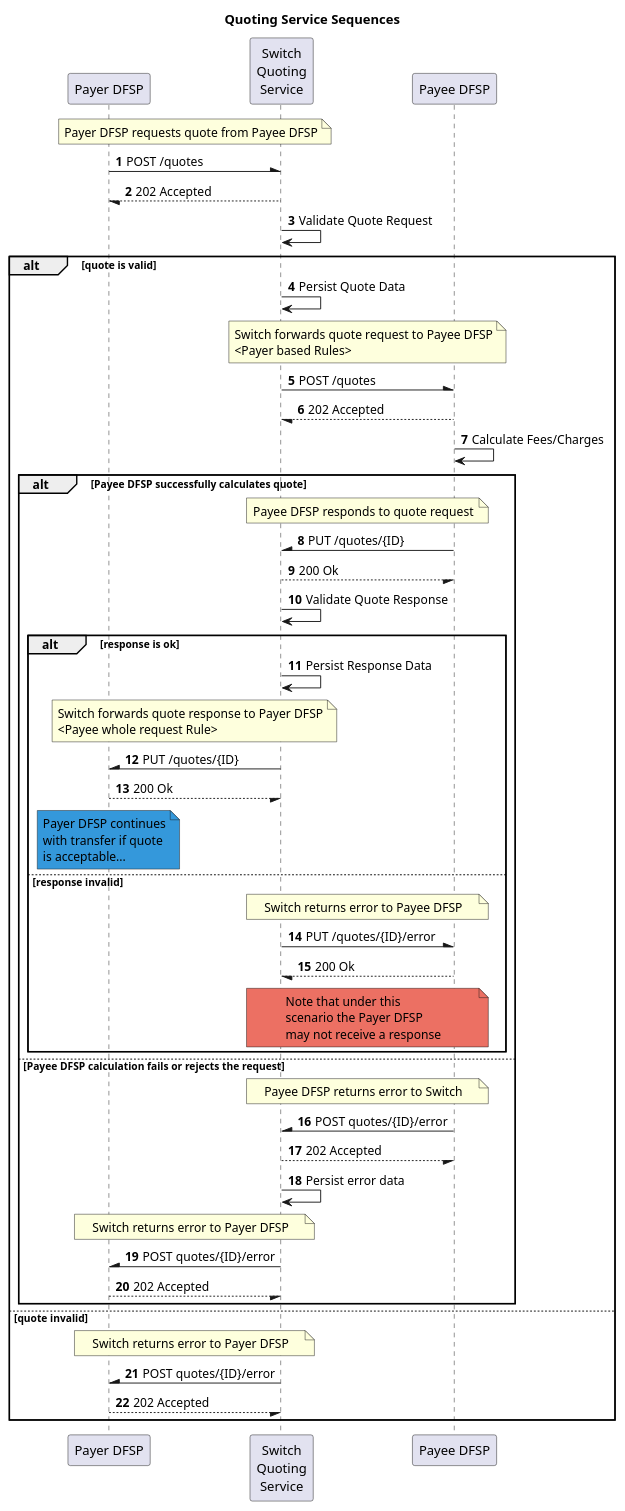
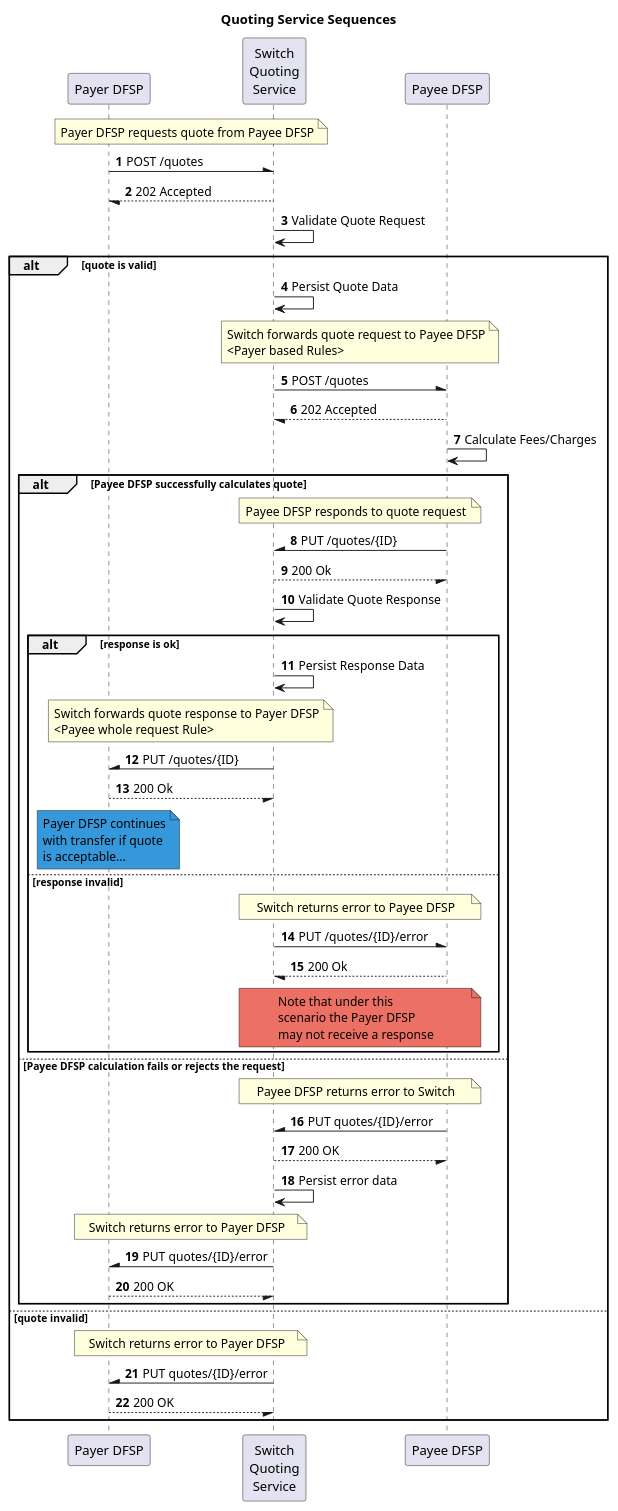
The diagram in mojaloop-technical-overview/quoting-service/assets/diagrams/sequence/seq-quotes-1.0.0.plantuml (mojaloop/documentation), drawn with PlantUML before and after one commit. The commit also changed 3 other files, not shown here.

Commit message:
Fix errors with quoting service sequence diagram

```diff
--- a/mojaloop-technical-overview/quoting-service/assets/diagrams/sequence/seq-quotes-1.0.0.plantuml
+++ b/mojaloop-technical-overview/quoting-service/assets/diagrams/sequence/seq-quotes-1.0.0.plantuml
@@ -1,66 +1,68 @@
 @startuml
 Title Quoting Service Sequences
 participant "Payer DFSP"
 participant "Switch\nQuoting\nService" as Switch
 participant "Payee DFSP"
 
 autonumber
 note over "Payer DFSP", Switch: Payer DFSP requests quote from Payee DFSP
 "Payer DFSP" -\ Switch: POST /quotes
 Switch --/ "Payer DFSP": 202 Accepted
 Switch -> Switch: Validate Quote Request
+
 alt quote is valid
+    
     Switch -> Switch: Persist Quote Data
     note over Switch, "Payee DFSP": Switch forwards quote request to Payee DFSP\n<Payer based Rules> 
     Switch -\ "Payee DFSP": POST /quotes
     "Payee DFSP" --/ Switch: 202 Accepted
     "Payee DFSP" -> "Payee DFSP": Calculate Fees/Charges
     
     alt Payee DFSP successfully calculates quote
     
         note over "Payee DFSP", Switch: Payee DFSP responds to quote request
         "Payee DFSP" -\ Switch: PUT /quotes/{ID}
         Switch --/ "Payee DFSP": 200 Ok
         
         Switch -> Switch: Validate Quote Response
         
         alt response is ok
         
             Switch -> Switch: Persist Response Data
             
             note over Switch, "Payer DFSP": Switch forwards quote response to Payer DFSP\n<Payee \ whole request Rule>
             
             Switch -\ "Payer DFSP": PUT /quotes/{ID}
             "Payer DFSP" --/ Switch: 200 Ok
             
             note over "Payer DFSP" #3498db: Payer DFSP continues\nwith transfer if quote\nis acceptable...
         else response invalid
         
             note over Switch, "Payee DFSP": Switch returns error to Payee DFSP
         
             Switch -\ "Payee DFSP": PUT /quotes/{ID}/error
             "Payee DFSP" --/ Switch : 200 Ok
             
             note over Switch, "Payee DFSP" #ec7063: Note that under this\nscenario the Payer DFSP\nmay not receive a response
         
         end
     else Payee DFSP calculation fails or rejects the request
     
         note over "Payee DFSP", Switch: Payee DFSP returns error to Switch
     
-        "Payee DFSP" -\ Switch: POST quotes/{ID}/error
-        Switch --/ "Payee DFSP": 202 Accepted
+        "Payee DFSP" -\ Switch: PUT quotes/{ID}/error
+        Switch --/ "Payee DFSP": 200 OK
         Switch -> Switch: Persist error data
         
         note over "Payer DFSP", Switch: Switch returns error to Payer DFSP
         
-        Switch -\ "Payer DFSP": POST quotes/{ID}/error
-        "Payer DFSP" --/ Switch: 202 Accepted
+        Switch -\ "Payer DFSP": PUT quotes/{ID}/error
+        "Payer DFSP" --/ Switch: 200 OK
     
     end
 else quote invalid
     note over "Payer DFSP", Switch: Switch returns error to Payer DFSP
-    Switch -\ "Payer DFSP": POST quotes/{ID}/error
-    "Payer DFSP" --/ Switch: 202 Accepted
+    Switch -\ "Payer DFSP": PUT quotes/{ID}/error
+    "Payer DFSP" --/ Switch: 200 OK
 end
 @enduml
```
